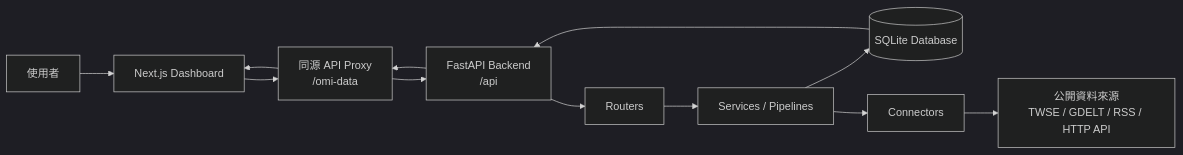
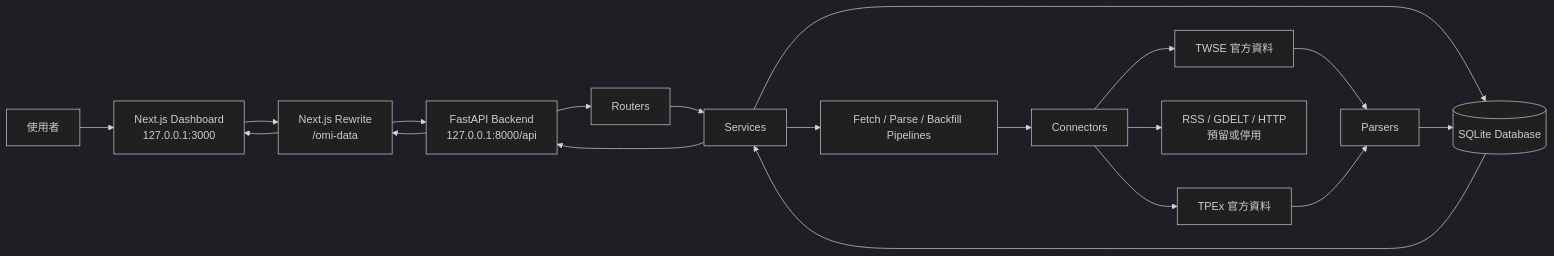
The first of 4 diagrams in README.md (lulu930128/open-market-intelligence), drawn with Mermaid (dark theme) before and after one commit. The commit also changed other lines of this file and 11 other files, not shown here.

Commit message:
Update dashboard charts and architecture docs

````diff
--- a/README.md
+++ b/README.md
@@ -27,17 +31,24 @@
 ```mermaid
 flowchart LR
-    user["使用者"] --> browser["Next.js Dashboard"]
-    browser --> proxy["同源 API Proxy<br/>/omi-data"]
-    proxy --> api["FastAPI Backend<br/>/api"]
+    user["使用者"] --> browser["Next.js Dashboard<br/>127.0.0.1:3000"]
+    browser --> proxy["Next.js Rewrite<br/>/omi-data"]
+    proxy --> api["FastAPI Backend<br/>127.0.0.1:8000/api"]
 
     api --> routers["Routers"]
-    routers --> services["Services / Pipelines"]
+    routers --> services["Services"]
+    services --> pipelines["Fetch / Parse / Backfill Pipelines"]
     services --> db[("SQLite Database")]
 
-    services --> connectors["Connectors"]
-    connectors --> publicData["公開資料來源<br/>TWSE / GDELT / RSS / HTTP API"]
+    pipelines --> connectors["Connectors"]
+    connectors --> twse["TWSE 官方資料"]
+    connectors --> tpex["TPEx 官方資料"]
+    connectors --> other["RSS / GDELT / HTTP<br/>預留或停用"]
 
-    db --> api
+    twse --> parsers["Parsers"]
+    tpex --> parsers
+    parsers --> db
+    db --> services
+    services --> api
     api --> proxy
     proxy --> browser
 ```
````
